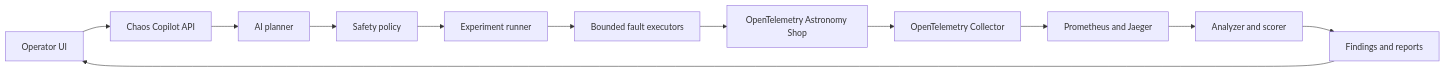
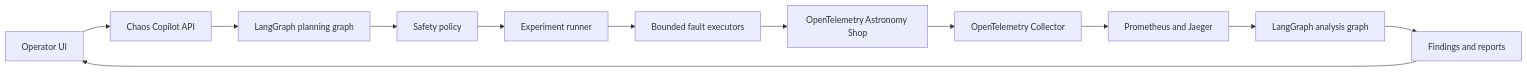
One commit to RheaDeepak/Team-9---Bosch-Hackathon changed the diagram in README.md. Above: the diagram before and after it, drawn with Mermaid. The commit also changed other lines of this file and 49 other files, not shown here.

````diff
--- a/README.md
+++ b/README.md
@@ -77,14 +78,14 @@
 ```mermaid
 flowchart LR
     Operator[Operator UI] --> API[Chaos Copilot API]
-    API --> Planner[AI planner]
+    API --> Planner[LangGraph planning graph]
     Planner --> Policy[Safety policy]
     Policy --> Runner[Experiment runner]
     Runner --> Faults[Bounded fault executors]
     Faults --> Shop[OpenTelemetry Astronomy Shop]
     Shop --> OTel[OpenTelemetry Collector]
     OTel --> Observability[Prometheus and Jaeger]
-    Observability --> Analyzer[Analyzer and scorer]
+    Observability --> Analyzer[LangGraph analysis graph]
     Analyzer --> Reports[Findings and reports]
     Reports --> Operator
 ```
````
